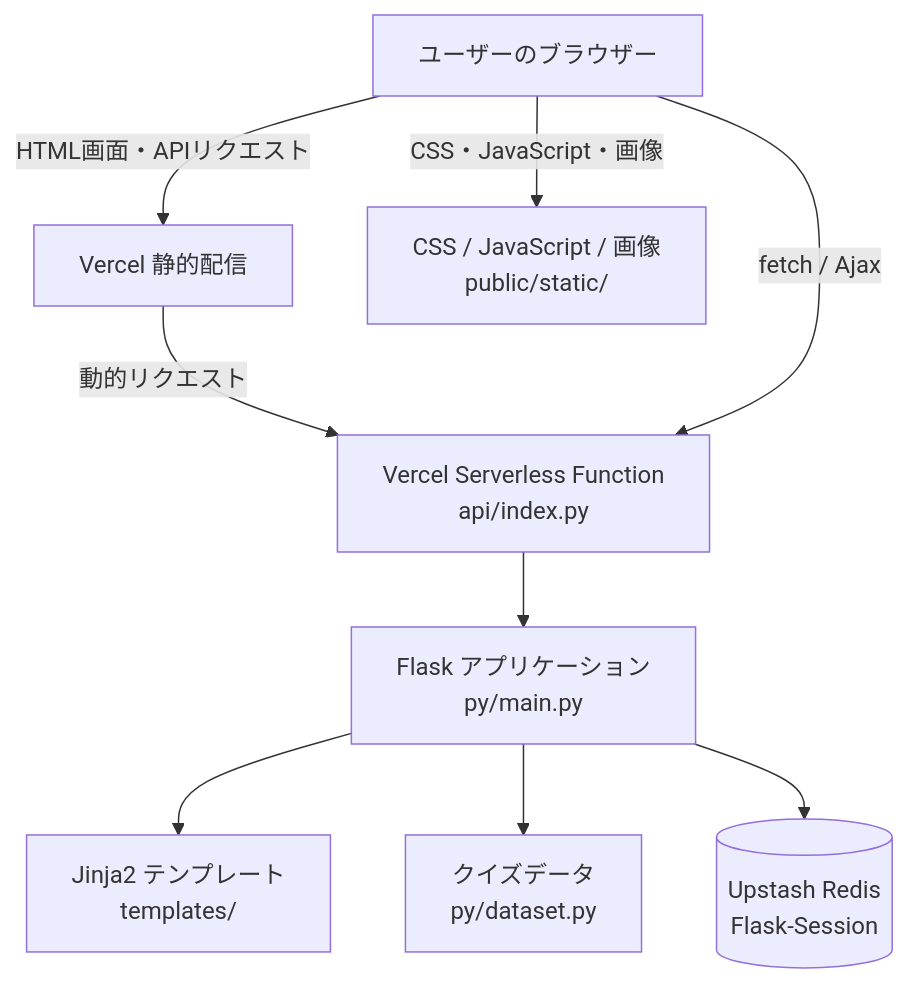
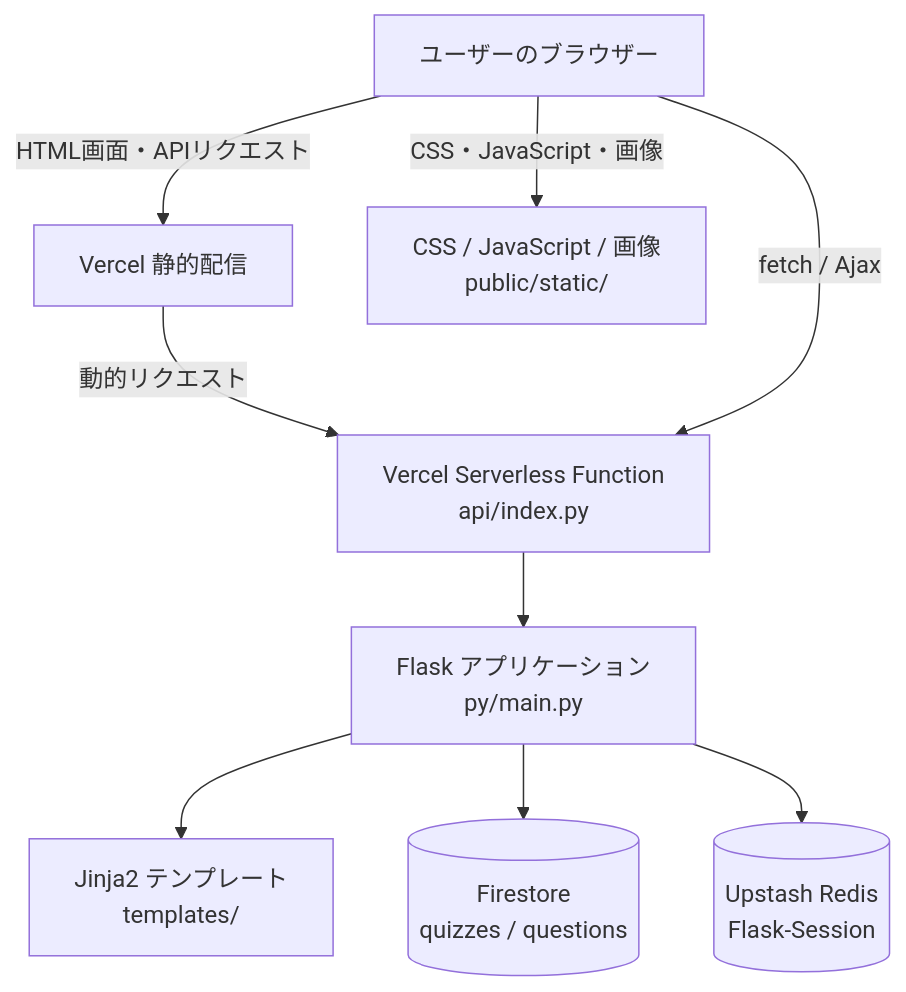
Before and after one commit to taku553/mondo: the diagram in ARCHITECTURE.md, drawn with Mermaid. The commit also changed other lines of this file and 33 other files, not shown here.

````diff
--- a/ARCHITECTURE.md
+++ b/ARCHITECTURE.md
@@ -10,20 +10,20 @@
 ```mermaid
 flowchart TD
     User[ユーザーのブラウザー]
     CDN[Vercel 静的配信]
     Function[Vercel Serverless Function<br/>api/index.py]
     Flask[Flask アプリケーション<br/>py/main.py]
     Templates[Jinja2 テンプレート<br/>templates/]
     Assets[CSS / JavaScript / 画像<br/>public/static/]
-    Dataset[クイズデータ<br/>py/dataset.py]
+    Firestore[(Firestore<br/>quizzes / questions)]
     Redis[(Upstash Redis<br/>Flask-Session)]
 
     User -->|HTML画面・APIリクエスト| CDN
     CDN -->|動的リクエスト| Function
     Function --> Flask
     Flask --> Templates
-    Flask --> Dataset
+    Flask --> Firestore
     Flask --> Redis
     User -->|CSS・JavaScript・画像| Assets
     User -->|fetch / Ajax| Function
 ```
````
